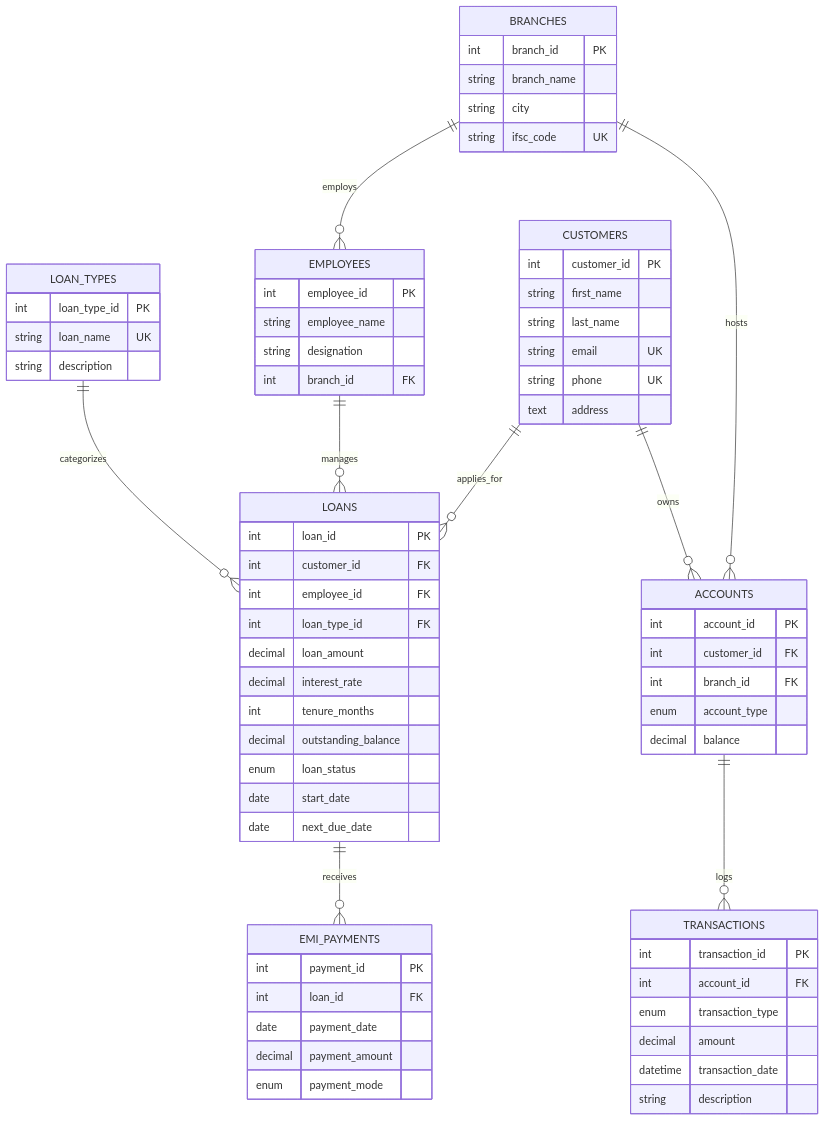
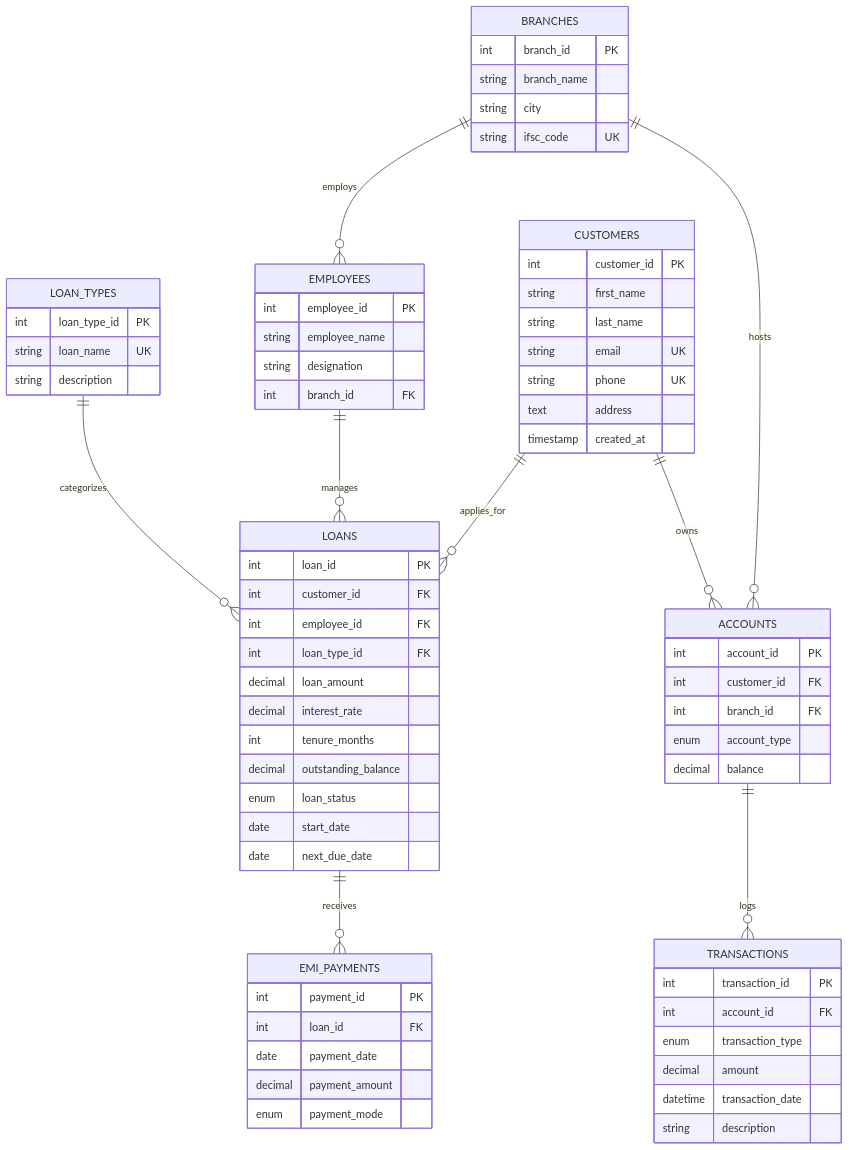
One commit to Harshnikam04/Banking-Loan-Management-System changed the diagram in README.md. Above: the diagram before and after it, drawn with Mermaid. The commit also changed other lines of this file and 28 other files, not shown here.

Commit message:
feat: complete Banking & Loan Management System with stored procedures, triggers, views, analytical reports, ER diagrams, web dashboard, and documentation

````diff
--- a/README.md
+++ b/README.md
@@ -48,79 +59,80 @@
 ```mermaid
 erDiagram
     BRANCHES ||--o{ EMPLOYEES : employs
     BRANCHES ||--o{ ACCOUNTS : hosts
     CUSTOMERS ||--o{ ACCOUNTS : owns
     CUSTOMERS ||--o{ LOANS : applies_for
     EMPLOYEES ||--o{ LOANS : manages
     LOAN_TYPES ||--o{ LOANS : categorizes
     LOANS ||--o{ EMI_PAYMENTS : receives
     ACCOUNTS ||--o{ TRANSACTIONS : logs
 
     BRANCHES {
         int branch_id PK
         string branch_name
         string city
         string ifsc_code UK
     }
 
     EMPLOYEES {
         int employee_id PK
         string employee_name
         string designation
         int branch_id FK
     }
 
     CUSTOMERS {
         int customer_id PK
         string first_name
         string last_name
         string email UK
         string phone UK
         text address
+        timestamp created_at
     }
 
     ACCOUNTS {
         int account_id PK
         int customer_id FK
         int branch_id FK
         enum account_type
         decimal balance
     }
 
     LOAN_TYPES {
         int loan_type_id PK
         string loan_name UK
         string description
     }
 
     LOANS {
         int loan_id PK
         int customer_id FK
         int employee_id FK
         int loan_type_id FK
         decimal loan_amount
         decimal interest_rate
         int tenure_months
         decimal outstanding_balance
         enum loan_status
         date start_date
         date next_due_date
     }
 
     EMI_PAYMENTS {
         int payment_id PK
         int loan_id FK
         date payment_date
         decimal payment_amount
         enum payment_mode
     }
 
     TRANSACTIONS {
         int transaction_id PK
         int account_id FK
         enum transaction_type
         decimal amount
         datetime transaction_date
         string description
     }
 ```
````
